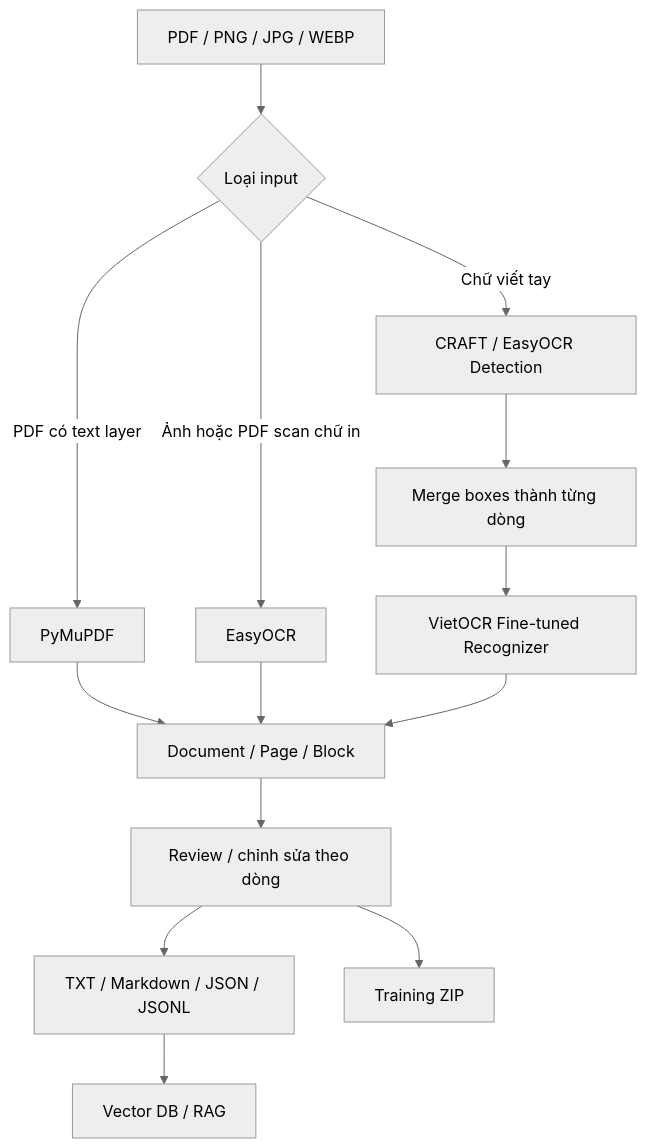
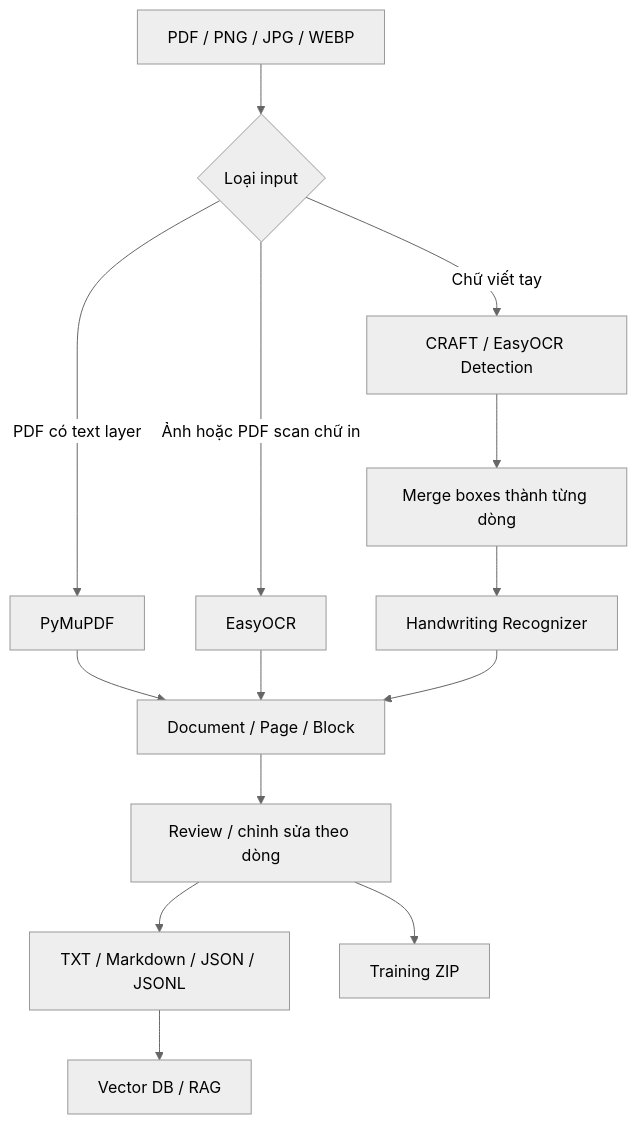
One commit to taiiswibu/VietdocOCR_fine_tuning changed the first of 2 diagrams in README.md. Above: the diagram before and after it, drawn with Mermaid (neutral theme). The commit also changed other lines of this file and 4 other files, not shown here.

Commit message:
docs: update EasyOCR UIT-HWDB fine-tuning results

````diff
--- a/README.md
+++ b/README.md
@@ -50,20 +74,20 @@
 ```mermaid
 flowchart TD
     A[PDF / PNG / JPG / WEBP] --> B{Loại input}
 
     B -->|PDF có text layer| C[PyMuPDF]
     C --> H[Document / Page / Block]
 
     B -->|Ảnh hoặc PDF scan chữ in| D[EasyOCR]
     D --> H
 
     B -->|Chữ viết tay| E[CRAFT / EasyOCR Detection]
     E --> F[Merge boxes thành từng dòng]
-    F --> G[VietOCR Fine-tuned Recognizer]
+    F --> G[Handwriting Recognizer]
     G --> H
 
     H --> I[Review / chỉnh sửa theo dòng]
     I --> J[TXT / Markdown / JSON / JSONL]
     I --> K[Training ZIP]
     J --> L[Vector DB / RAG]
 ```
````
